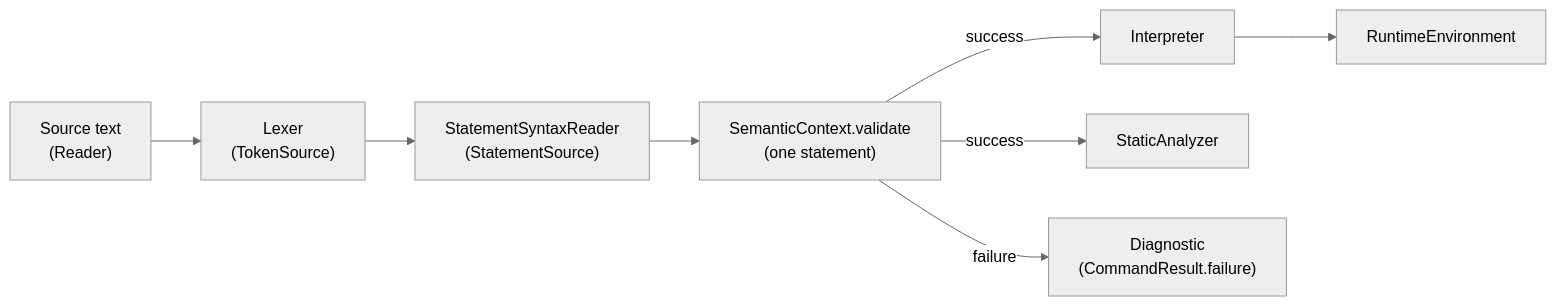
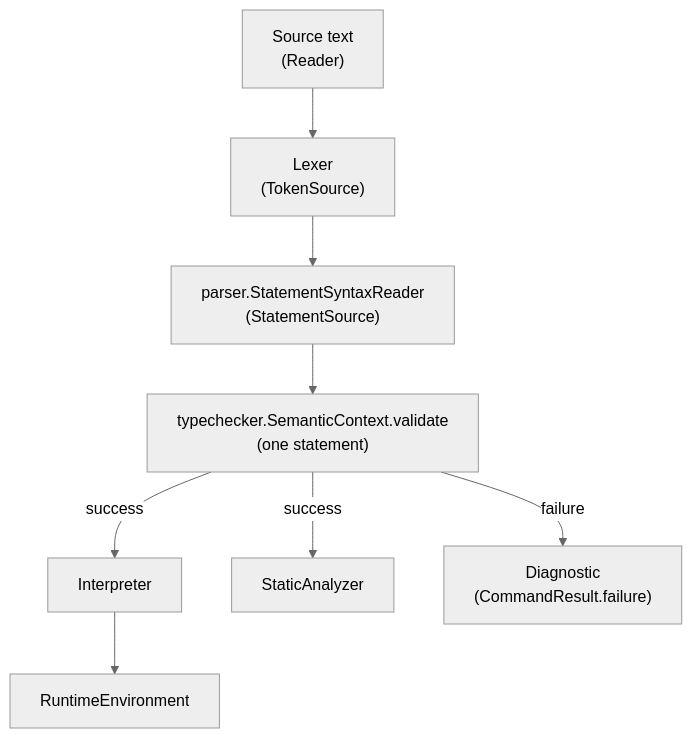
One commit to GarroteSantiago/printscript changed the second of 3 diagrams in docs/architecture.md. Above: the diagram before and after it, drawn with Mermaid (neutral theme). The commit also changed other lines of this file and 233 other files, not shown here.

````diff
--- a/docs/architecture.md
+++ b/docs/architecture.md
@@ -65,10 +94,10 @@
 ```mermaid
-flowchart LR
+flowchart TD
     Source["Source text\n(Reader)"] --> Lexer["Lexer\n(TokenSource)"]
-    Lexer --> Parser["StatementSyntaxReader\n(StatementSource)"]
-    Parser --> Semantics["SemanticContext.validate\n(one statement)"]
+    Lexer --> Parser["parser.StatementSyntaxReader\n(StatementSource)"]
+    Parser --> Semantics["typechecker.SemanticContext.validate\n(one statement)"]
     Semantics -->|success| Interpreter
     Semantics -->|success| Analyzer["StaticAnalyzer"]
     Semantics -->|failure| Diagnostics["Diagnostic\n(CommandResult.failure)"]
     Interpreter --> RuntimeEnv["RuntimeEnvironment"]
 ```
````
